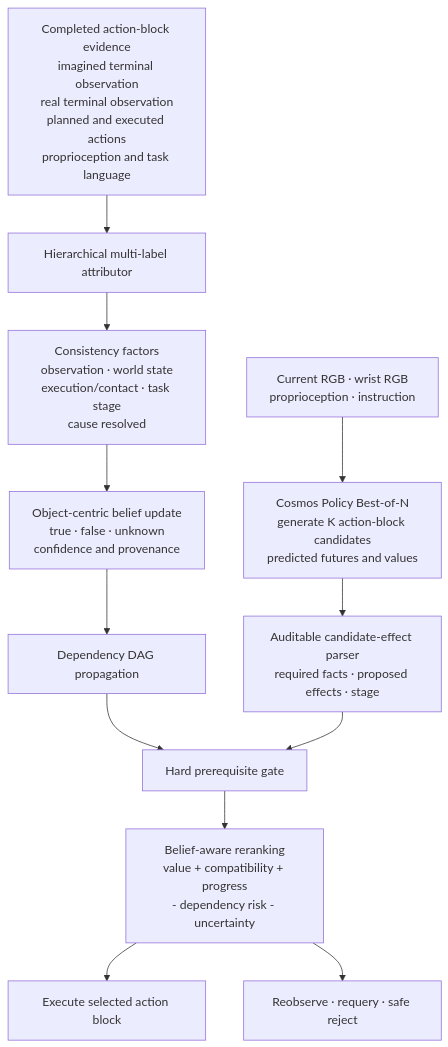
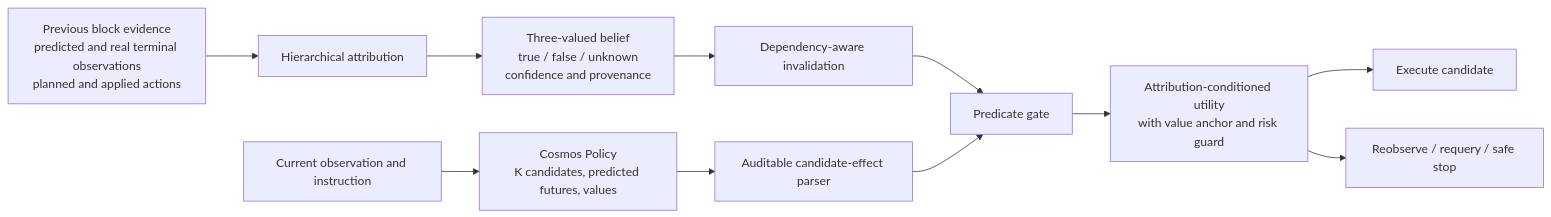
The diagram in README.md (scy040320/wam_project), drawn with Mermaid before and after one commit. The commit also changed other lines of this file and 39 other files, not shown here.

````diff
--- a/README.md
+++ b/README.md
@@ -11,18 +15,14 @@
 ```mermaid
-flowchart TD
-    I[Completed action-block evidence<br/>imagined terminal observation<br/>real terminal observation<br/>planned and executed actions<br/>proprioception and task language]
-    I --> A[Hierarchical multi-label attributor]
-    A --> F[Consistency factors<br/>observation · world state<br/>execution/contact · task stage<br/>cause resolved]
-    F --> B[Object-centric belief update<br/>true · false · unknown<br/>confidence and provenance]
-    B --> D[Dependency DAG propagation]
+flowchart LR
+    P[Previous block evidence<br/>predicted and real terminal observations<br/>planned and applied actions] --> A[Hierarchical attribution]
+    A --> B[Three-valued belief<br/>true / false / unknown<br/>confidence and provenance]
+    B --> D[Dependency-aware invalidation]
 
-    O[Current RGB · wrist RGB<br/>proprioception · instruction]
-    O --> C[Cosmos Policy Best-of-N<br/>generate K action-block candidates<br/>predicted futures and values]
-    C --> E[Auditable candidate-effect parser<br/>required facts · proposed effects · stage]
-
-    D --> G[Hard prerequisite gate]
+    O[Current observation and instruction] --> C[Cosmos Policy<br/>K candidates, predicted futures, values]
+    C --> E[Auditable candidate-effect parser]
+    D --> G[Predicate gate]
     E --> G
-    G --> R[Belief-aware reranking<br/>value + compatibility + progress<br/>- dependency risk - uncertainty]
-    R --> X[Execute selected action block]
-    R --> Q[Reobserve · requery · safe reject]
+    G --> R[Attribution-conditioned utility<br/>with value anchor and risk guard]
+    R --> X[Execute candidate]
+    R --> F[Reobserve / requery / safe stop]
 ```
````
